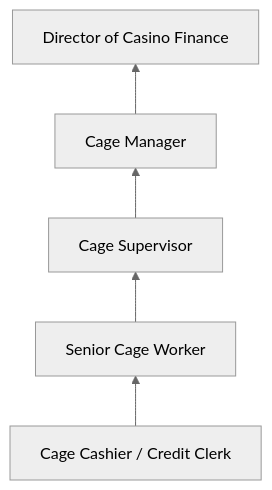
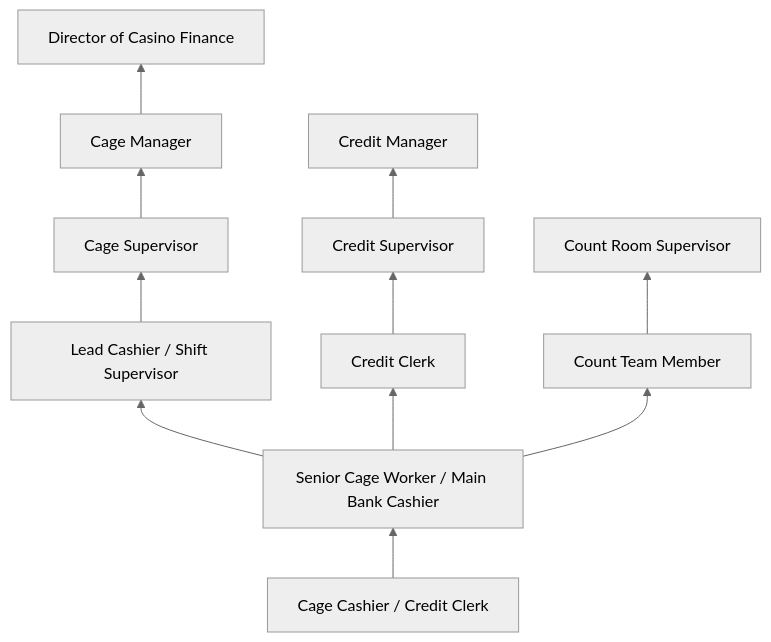
One commit to kziemski/business.org.ai changed the third of 4 diagrams in occupations/Administrative/GamblingCageWorkers.mdx. Above: the diagram before and after it, drawn with Mermaid (neutral theme). The commit also changed other lines of this file and 19 other files, not shown here.

````diff
--- a/occupations/Administrative/GamblingCageWorkers.mdx
+++ b/occupations/Administrative/GamblingCageWorkers.mdx
@@ -74,7 +136,15 @@
 ```mermaid
 graph BT
-    Entry["Cage Cashier / Credit Clerk"] --> Mid["Senior Cage Worker"]
-    Mid --> Supervisor["Cage Supervisor"]
+    Entry["Cage Cashier / Credit Clerk"] --> Mid["Senior Cage Worker / Main Bank Cashier"]
+    Mid --> Lead["Lead Cashier / Shift Supervisor"]
+    Lead --> Supervisor["Cage Supervisor"]
     Supervisor --> Manager["Cage Manager"]
     Manager --> Director["Director of Casino Finance"]
+
+    Mid --> Credit["Credit Clerk"]
+    Credit --> CreditSup["Credit Supervisor"]
+    CreditSup --> CreditMgr["Credit Manager"]
+
+    Mid --> Audit["Count Team Member"]
+    Audit --> AuditSup["Count Room Supervisor"]
 ```
````
